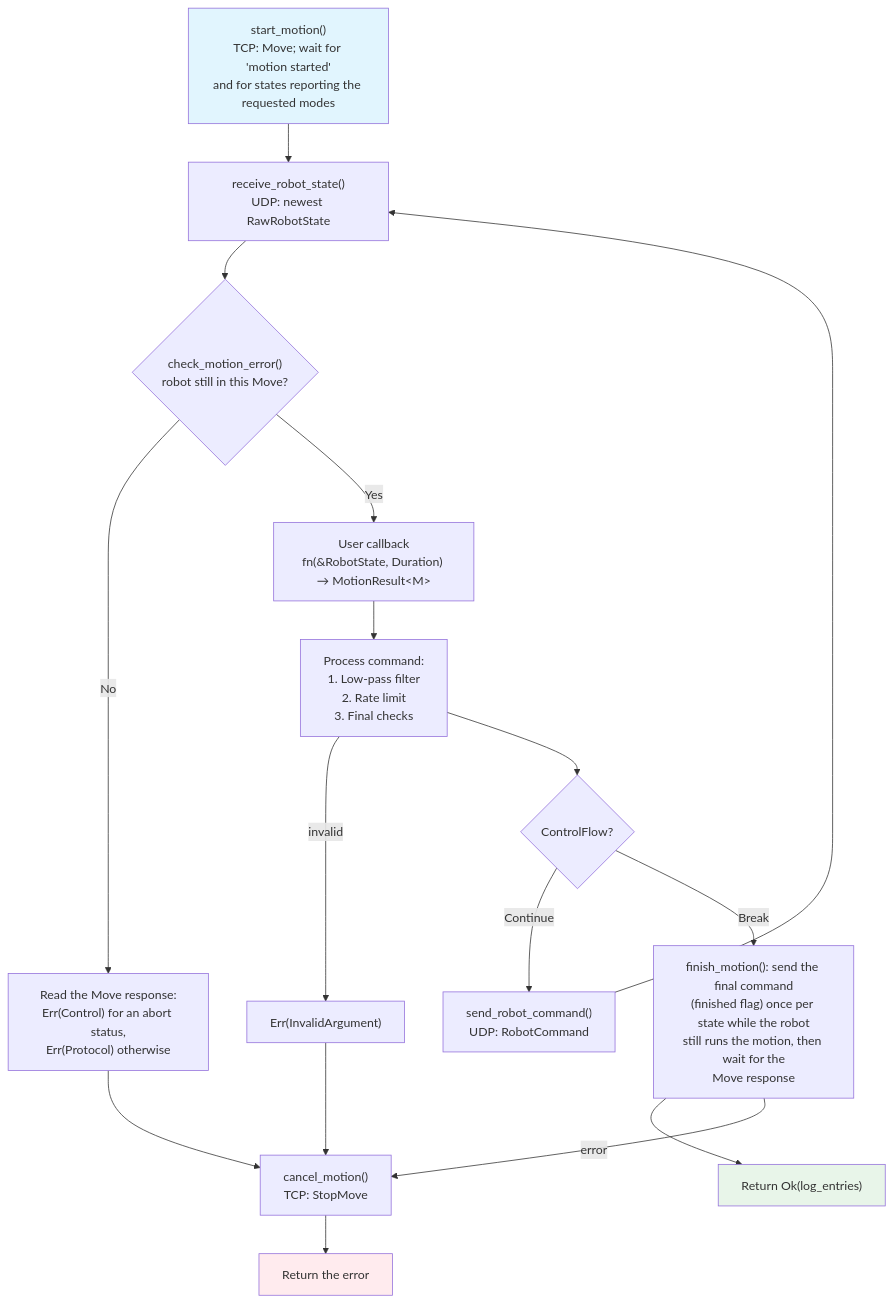
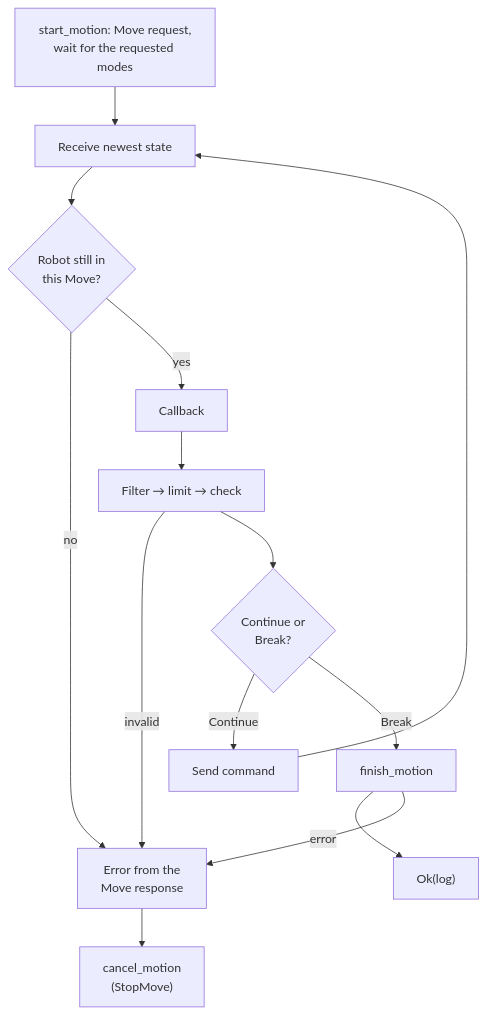
One commit to ColeTen/franka-rs changed the diagram in docs/src/modules/control-loop.md. Above: the diagram before and after it, drawn with Mermaid. The commit also changed other lines of this file and 28 other files, not shown here.

````diff
--- a/docs/src/modules/control-loop.md
+++ b/docs/src/modules/control-loop.md
@@ -52,26 +22,15 @@
 ```mermaid
-flowchart TD
-    START["start_motion()<br/>TCP: Move; wait for 'motion started'<br/>and for states reporting the requested modes"] --> RECV["receive_robot_state()<br/>UDP: newest RawRobotState"]
-    RECV --> CHECK{"check_motion_error()<br/>robot still in this Move?"}
-    CHECK -->|No| RESP["Read the Move response:<br/>Err(Control) for an abort status,<br/>Err(Protocol) otherwise"]
-
-    CHECK -->|Yes| CALLBACK["User callback<br/>fn(&RobotState, Duration) → MotionResult&lt;M&gt;"]
-    CALLBACK --> PROCESS["Process command:<br/>1. Low-pass filter<br/>2. Rate limit<br/>3. Final checks"]
-    PROCESS -->|"invalid"| ERRP["Err(InvalidArgument)"]
-
-    PROCESS --> FINISHED{"ControlFlow?"}
-    FINISHED -->|Continue| SEND["send_robot_command()<br/>UDP: RobotCommand"]
-    SEND --> RECV
-
-    FINISHED -->|Break| FINAL["finish_motion(): send the final command<br/>(finished flag) once per state while the robot<br/>still runs the motion, then wait for the<br/>Move response"]
-    FINAL --> OK["Return Ok(log_entries)"]
-
-    RESP --> CANCEL["cancel_motion()<br/>TCP: StopMove"]
-    ERRP --> CANCEL
-    FINAL -->|"error"| CANCEL
-    CANCEL --> ERR["Return the error"]
-
-    style START fill:#e1f5fe
-    style ERR fill:#ffebee
-    style OK fill:#e8f5e9
+flowchart TB
+    START["start_motion: Move request,<br/>wait for the requested modes"] --> RECV["Receive newest state"]
+    RECV --> CHECK{"Robot still in<br/>this Move?"}
+    CHECK -- no --> ERR["Error from the<br/>Move response"]
+    CHECK -- yes --> CB["Callback"]
+    CB --> PROC["Filter → limit → check"]
+    PROC -- invalid --> ERR
+    PROC --> FLOW{"Continue or<br/>Break?"}
+    FLOW -- Continue --> SEND["Send command"] --> RECV
+    FLOW -- Break --> FIN["finish_motion"]
+    FIN --> OK["Ok(log)"]
+    FIN -- error --> ERR
+    ERR --> CANCEL["cancel_motion<br/>(StopMove)"]
 ```
````
